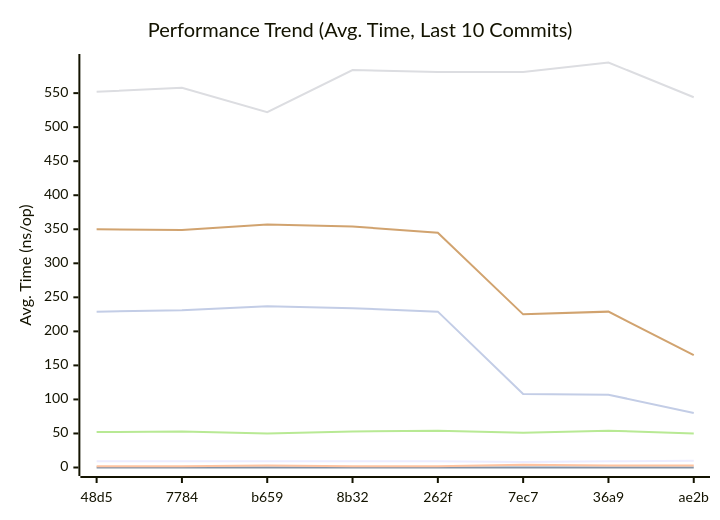
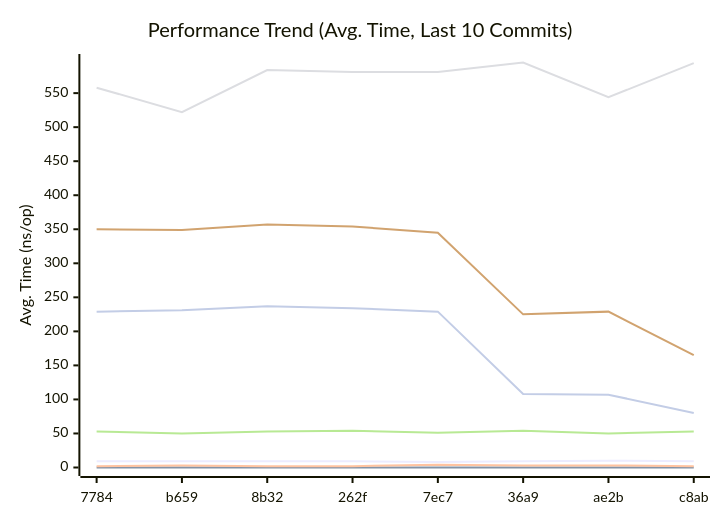
One commit to alsotoes/momo changed the first of 3 diagrams in doc/README.md. Above: the diagram before and after it, drawn with Mermaid. The commit also changed other lines of this file and 1 other file, not shown here.

````diff
--- a/doc/README.md
+++ b/doc/README.md
@@ -296,14 +296,14 @@
 ```mermaid
 xychart-beta
     title "Performance Trend (Avg. Time, Last 10 Commits)"
     x-axis "Commit"
     y-axis "Avg. Time (ns/op)"
-    x-axis [48d5,7784,b659,8b32,262f,7ec7,36a9,ae2b]
-    line "CheckMetricsAndSwap" [9,9,9,9,9,8,9,10,9,9]
+    x-axis [7784,b659,8b32,262f,7ec7,36a9,ae2b,c8ab]
+    line "CheckMetricsAndSwap" [9,9,9,9,8,9,10,9,9,9]
     line "IndexDirectTracking" [0,0,0,0,0,0,0,0,0,0]
-    line "IndexSearch" [2,2,3,2,2,4,3,3,2,2]
-    line "LoadGlobalConfig" [552,558,522,584,581,581,595,544,594,586]
-    line "PadString" [52,53,50,53,54,51,54,50,53,52]
+    line "IndexSearch" [2,3,2,2,4,3,3,2,2,2]
+    line "LoadGlobalConfig" [558,522,584,581,581,595,544,594,586,586]
+    line "PadString" [53,50,53,54,51,54,50,53,52,53]
     line "ParseReplicationOrder_NoPrealloc" [350,349,357,354,345,225,229,165,232,234]
     line "ParseReplicationOrder_Prealloc" [229,231,237,234,229,108,107,80,110,109]
 ```
````
